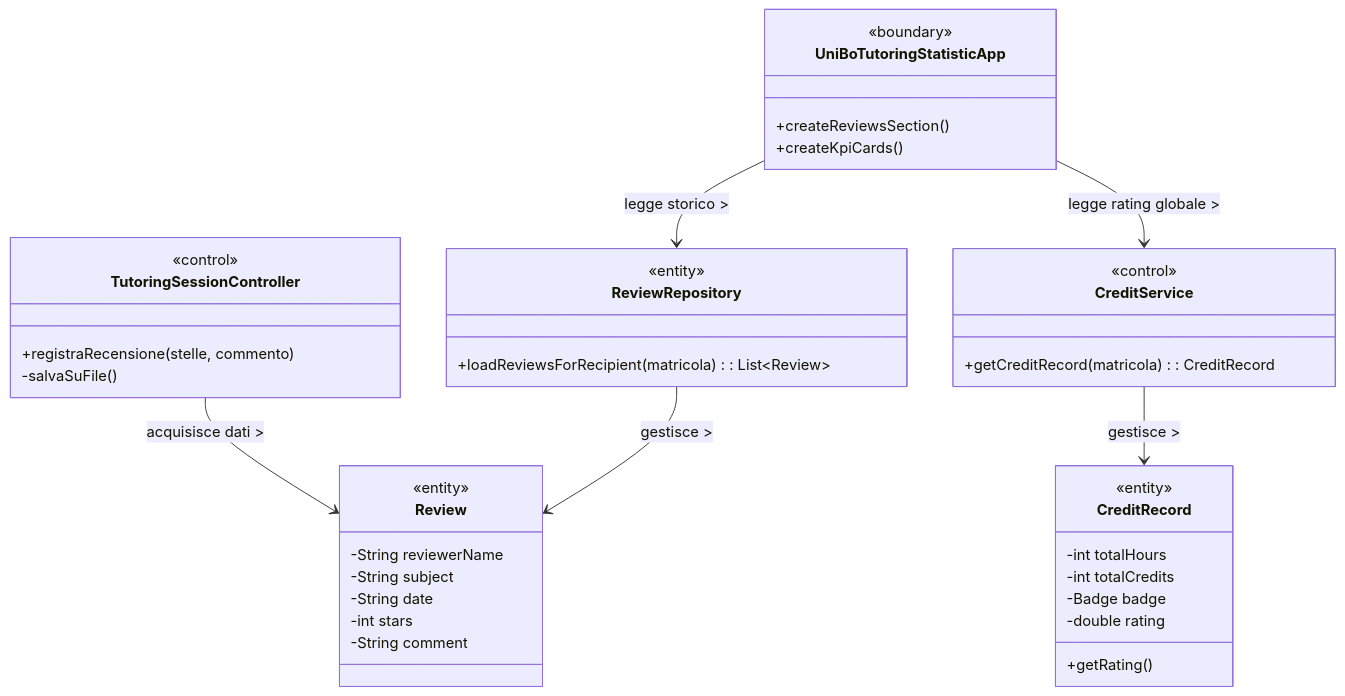
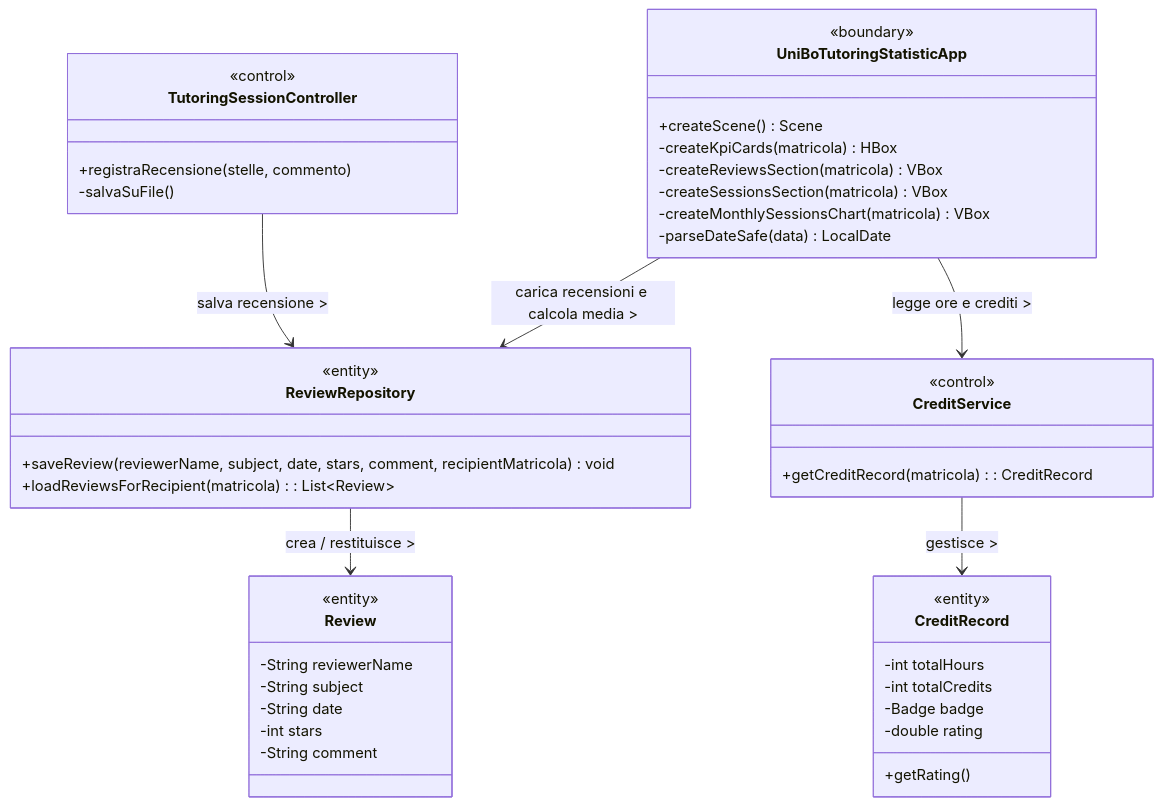
The eighth of 9 diagrams in README.md (Sil2564/unibo_tutoring), drawn with Mermaid before and after one commit. The commit also changed other lines of this file, not shown here.

Commit message:
fix GESTIONE FEEDBACK E RECENSIONI

````diff
--- a/README.md
+++ b/README.md
@@ -709,54 +709,55 @@
 ```mermaid
 classDiagram
-    %% ============================================================
-    %% DESIGN DETTAGLIATO - FEEDBACK & REVIEWS
-    %% Pattern: Repository + ECB (Entity-Control-Boundary)
-    %% ============================================================
 
     class TutoringSessionController {
         +registraRecensione(stelle, commento)
         -salvaSuFile()
     }
     <<control>> TutoringSessionController
 
     class UniBoTutoringStatisticApp {
-        +createReviewsSection()
-        +createKpiCards()
-    }
+    +createScene() Scene
+    -createKpiCards(matricola) HBox
+    -createReviewsSection(matricola) VBox
+    -createSessionsSection(matricola) VBox
+    -createMonthlySessionsChart(matricola) VBox
+    -parseDateSafe(data) LocalDate
+}
     <<boundary>> UniBoTutoringStatisticApp
 
     class Review {
         -String reviewerName
         -String subject
         -String date
         -int stars
         -String comment
     }
     <<entity>> Review
 
     class ReviewRepository {
+        +saveReview(reviewerName, subject, date, stars, comment, recipientMatricola) void
         +loadReviewsForRecipient(matricola): List~Review~
     }
     <<entity>> ReviewRepository
 
     class CreditService {
         +getCreditRecord(matricola): CreditRecord
     }
     <<control>> CreditService
 
     class CreditRecord {
         -int totalHours
         -int totalCredits
         -Badge badge
         -double rating
         +getRating()
     }
     <<entity>> CreditRecord
 
     %% RELAZIONI
-    TutoringSessionController --> Review : acquisisce dati >
-    UniBoTutoringStatisticApp --> ReviewRepository : legge storico >
-    UniBoTutoringStatisticApp --> CreditService : legge rating globale >
-    ReviewRepository --> Review : gestisce >
+    TutoringSessionController --> ReviewRepository : salva recensione >
+    ReviewRepository --> Review : crea / restituisce >
+    UniBoTutoringStatisticApp --> ReviewRepository : carica recensioni e calcola media >
+    UniBoTutoringStatisticApp --> CreditService : legge ore e crediti >
     CreditService --> CreditRecord : gestisce >
 ```
````
